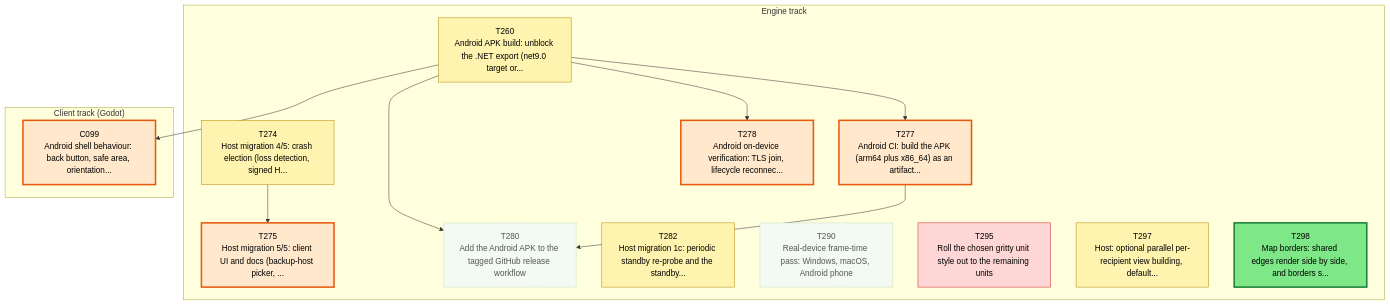
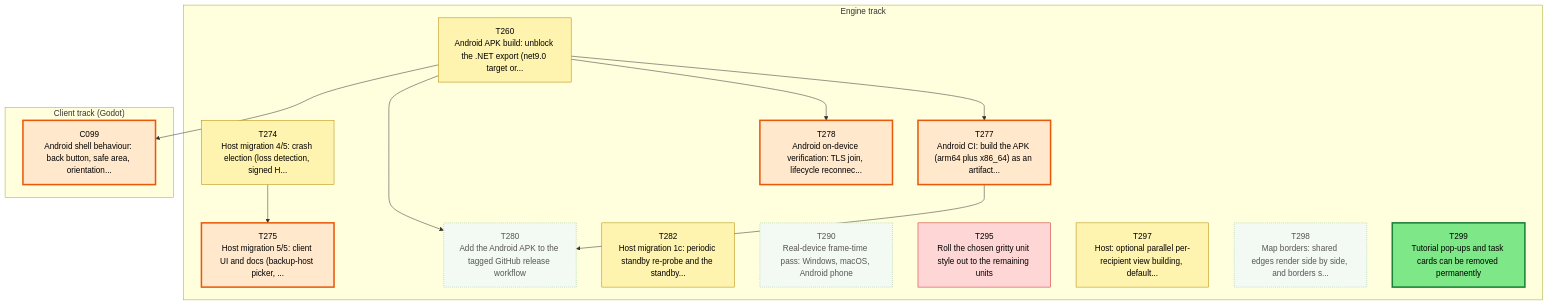
Before and after one commit to Kenmura/Unciv: the first of 3 diagrams in csharp/migration/DEPENDENCY_MAP.md, drawn with Mermaid. The commit also changed other lines of this file and 2 other files, not shown here.

First line of the commit message:
migration: add T299 permanent tutorial dismissal

````diff
--- a/csharp/migration/DEPENDENCY_MAP.md
+++ b/csharp/migration/DEPENDENCY_MAP.md
@@ -35,44 +35,46 @@
 ```mermaid
 flowchart TD
   subgraph TTRACK["Engine track"]
     T260["T260<br/>Android APK build: unblock the .NET export (net9.0 target or..."]
     T274["T274<br/>Host migration 4/5: crash election (loss detection, signed H..."]
     T275["T275<br/>Host migration 5/5: client UI and docs (backup-host picker, ..."]
     T277["T277<br/>Android CI: build the APK (arm64 plus x86_64) as an artifact..."]
     T278["T278<br/>Android on-device verification: TLS join, lifecycle reconnec..."]
     T280["T280<br/>Add the Android APK to the tagged GitHub release workflow"]
     T282["T282<br/>Host migration 1c: periodic standby re-probe and the standby..."]
     T290["T290<br/>Real-device frame-time pass: Windows, macOS, Android phone"]
     T295["T295<br/>Roll the chosen gritty unit style out to the remaining units"]
     T297["T297<br/>Host: optional parallel per-recipient view building, default..."]
     T298["T298<br/>Map borders: shared edges render side by side, and borders s..."]
+    T299["T299<br/>Tutorial pop-ups and task cards can be removed permanently"]
   end
   subgraph CTRACK["Client track (Godot)"]
     C099["C099<br/>Android shell behaviour: back button, safe area, orientation..."]
   end
   T274 --> T275
   T260 --> T277
   T260 --> T278
   T260 --> T280
   T277 --> T280
   T260 --> C099
   classDef waiting fill:#f3faf3,stroke:#9bc49b,color:#555,stroke-dasharray:2 2
   classDef ondeck fill:#ffe8cc,stroke:#e8590c,stroke-width:3px,color:#000
   classDef ready fill:#7ee787,stroke:#1a7f37,stroke-width:3px,color:#000
   classDef prog fill:#fff3b0,stroke:#b58900,color:#000
   classDef review fill:#cfe4ff,stroke:#1f6feb,color:#000
   classDef blocked fill:#ffd6d6,stroke:#c62828,color:#000
   classDef done fill:#eeeeee,stroke:#999999,color:#666,stroke-dasharray:4 3
   class C099 ondeck
   class T260 prog
   class T274 prog
   class T275 ondeck
   class T277 ondeck
   class T278 ondeck
   class T280 waiting
   class T282 prog
   class T290 waiting
   class T295 blocked
   class T297 prog
-  class T298 ready
+  class T298 waiting
+  class T299 ready
 ```
````
